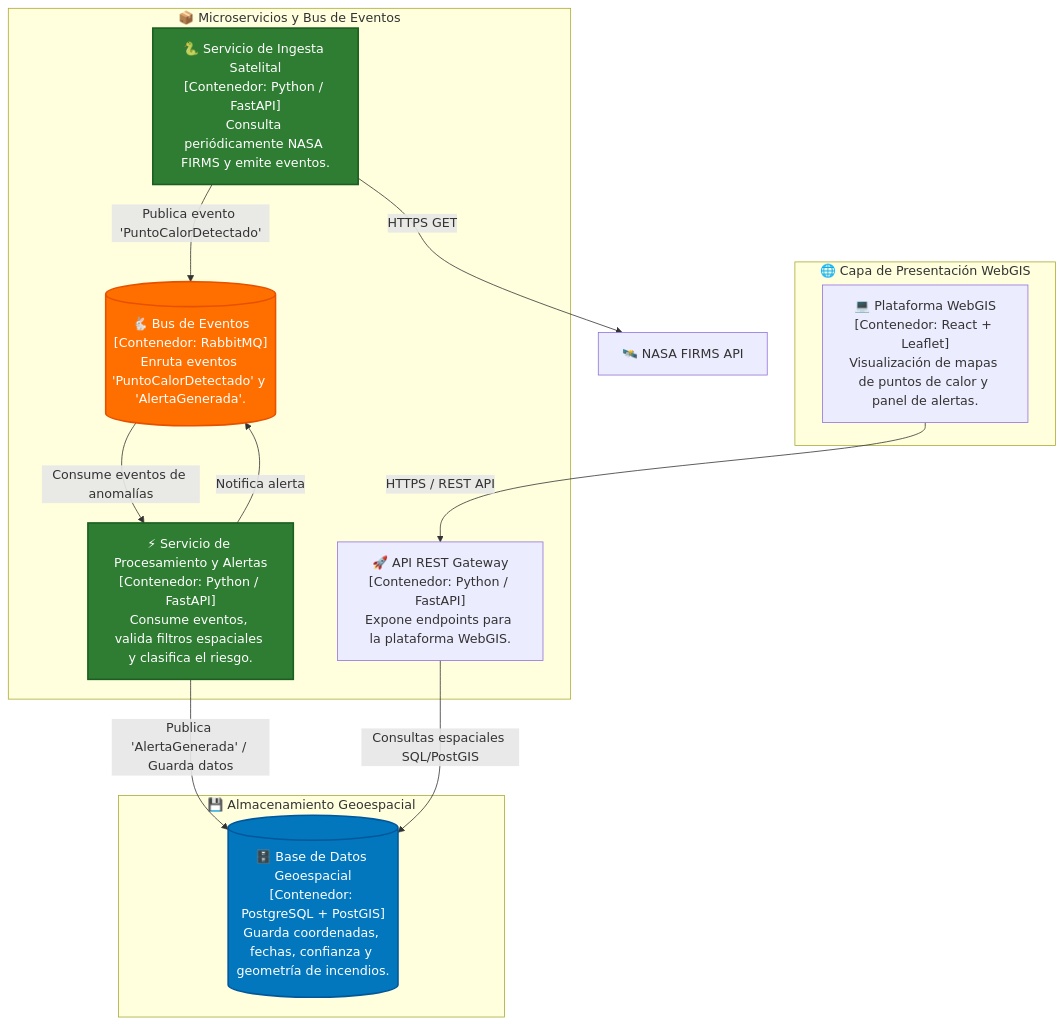
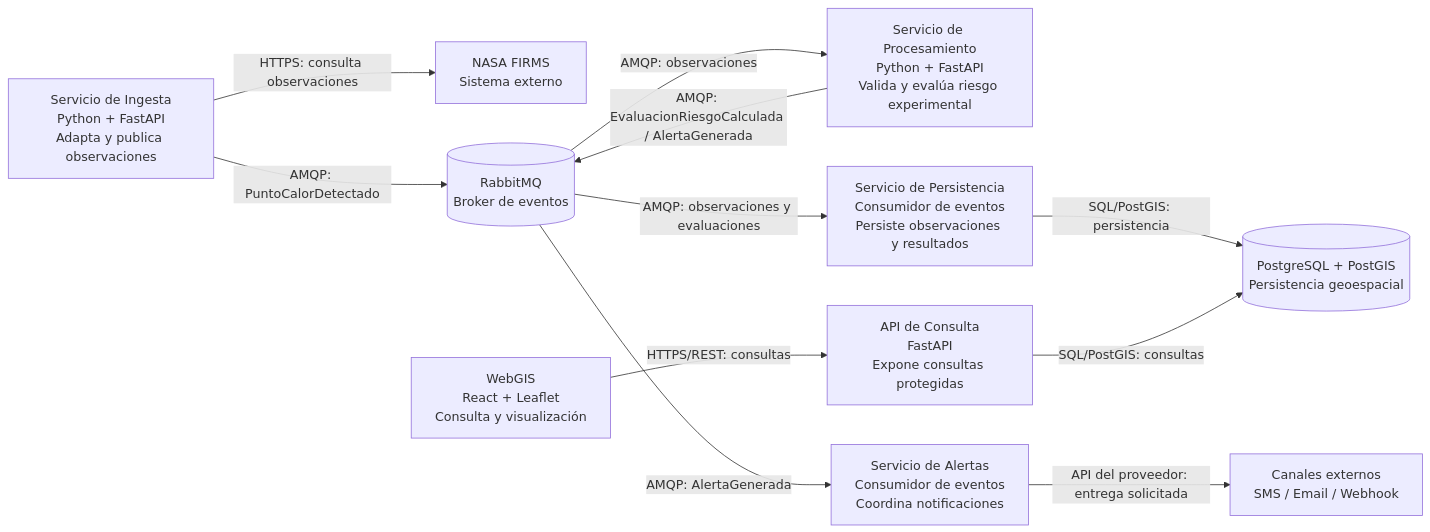
Before and after one commit to Maks04092002/Incendios-EDA-arquitSoft-MAKS: the diagram in 04-modelo-c4/Nivel2-DiagramadeContenedores.md, drawn with Mermaid. The commit also changed other lines of this file and 29 other files, not shown here.

Commit message:
docs: corregir arquitectura, modulos y diagramas C4

````diff
--- a/04-modelo-c4/Nivel2-DiagramadeContenedores.md
+++ b/04-modelo-c4/Nivel2-DiagramadeContenedores.md
@@ -1,36 +7,24 @@
 ```mermaid
-graph TB
-    subgraph Cliente ["🌐 Capa de Presentación WebGIS"]
-        WEB["💻 Plataforma WebGIS<br/>[Contenedor: React + Leaflet]<br/>Visualización de mapas de puntos de calor y panel de alertas."]
-    end
+flowchart LR
+    FIRMS["NASA FIRMS<br/>Sistema externo"]
+    WEB["WebGIS<br/>React + Leaflet<br/>Consulta y visualización"]
+    ING["Servicio de Ingesta<br/>Python + FastAPI<br/>Adapta y publica observaciones"]
+    PROC["Servicio de Procesamiento<br/>Python + FastAPI<br/>Valida y evalúa riesgo experimental"]
+    STORE["Servicio de Persistencia<br/>Consumidor de eventos<br/>Persiste observaciones y resultados"]
+    ALERT["Servicio de Alertas<br/>Consumidor de eventos<br/>Coordina notificaciones"]
+    API["API de Consulta<br/>FastAPI<br/>Expone consultas protegidas"]
+    MQ[("RabbitMQ<br/>Broker de eventos")]
+    DB[("PostgreSQL + PostGIS<br/>Persistencia geoespacial")]
+    EXT["Canales externos<br/>SMS / Email / Webhook"]
 
-    subgraph Backend ["📦 Microservicios y Bus de Eventos"]
-        INGEST["🐍 Servicio de Ingesta Satelital<br/>[Contenedor: Python / FastAPI]<br/>Consulta periódicamente NASA FIRMS y emite eventos."]
-        
-        BUS[("🐇 Bus de Eventos<br/>[Contenedor: RabbitMQ]<br/>Enruta eventos 'PuntoCalorDetectado' y 'AlertaGenerada'.")]
-        
-        PROC["⚡ Servicio de Procesamiento y Alertas<br/>[Contenedor: Python / FastAPI]<br/>Consume eventos, valida filtros espaciales y clasifica el riesgo."]
-        
-        API["🚀 API REST Gateway<br/>[Contenedor: Python / FastAPI]<br/>Expone endpoints para la plataforma WebGIS."]
-    end
-
-    subgraph Persistencia ["💾 Almacenamiento Geoespacial"]
-        DB[("🗄️ Base de Datos Geoespacial<br/>[Contenedor: PostgreSQL + PostGIS]<br/>Guarda coordenadas, fechas, confianza y geometría de incendios.")]
-    end
-
-    EXT["🛰️ NASA FIRMS API"]
-
-    INGEST -->|HTTPS GET| EXT
-    INGEST -->|Publica evento 'PuntoCalorDetectado'| BUS
-    BUS -->|Consume eventos de anomalías| PROC
-    PROC -->|Publica 'AlertaGenerada' / Guarda datos| DB
-    PROC -->|Notifica alerta| BUS
-
-    WEB -->|HTTPS / REST API| API
-    API -->|Consultas espaciales SQL/PostGIS| DB
-
-    style BUS fill:#ff6f00,color:#fff,stroke:#e65100,stroke-width:2px
-    style DB fill:#0277bd,color:#fff,stroke:#01579b,stroke-width:2px
-    style PROC fill:#2e7d32,color:#fff,stroke:#1b5e20,stroke-width:2px
-    style INGEST fill:#2e7d32,color:#fff,stroke:#1b5e20,stroke-width:2px
+    ING -->|HTTPS: consulta observaciones| FIRMS
+    ING -->|AMQP: PuntoCalorDetectado| MQ
+    MQ -->|AMQP: observaciones| PROC
+    MQ -->|AMQP: observaciones y evaluaciones| STORE
+    PROC -->|AMQP: EvaluacionRiesgoCalculada / AlertaGenerada| MQ
+    MQ -->|AMQP: AlertaGenerada| ALERT
+    STORE -->|SQL/PostGIS: persistencia| DB
+    API -->|SQL/PostGIS: consultas| DB
+    WEB -->|HTTPS/REST: consultas| API
+    ALERT -->|API del proveedor: entrega solicitada| EXT
 ```
````
